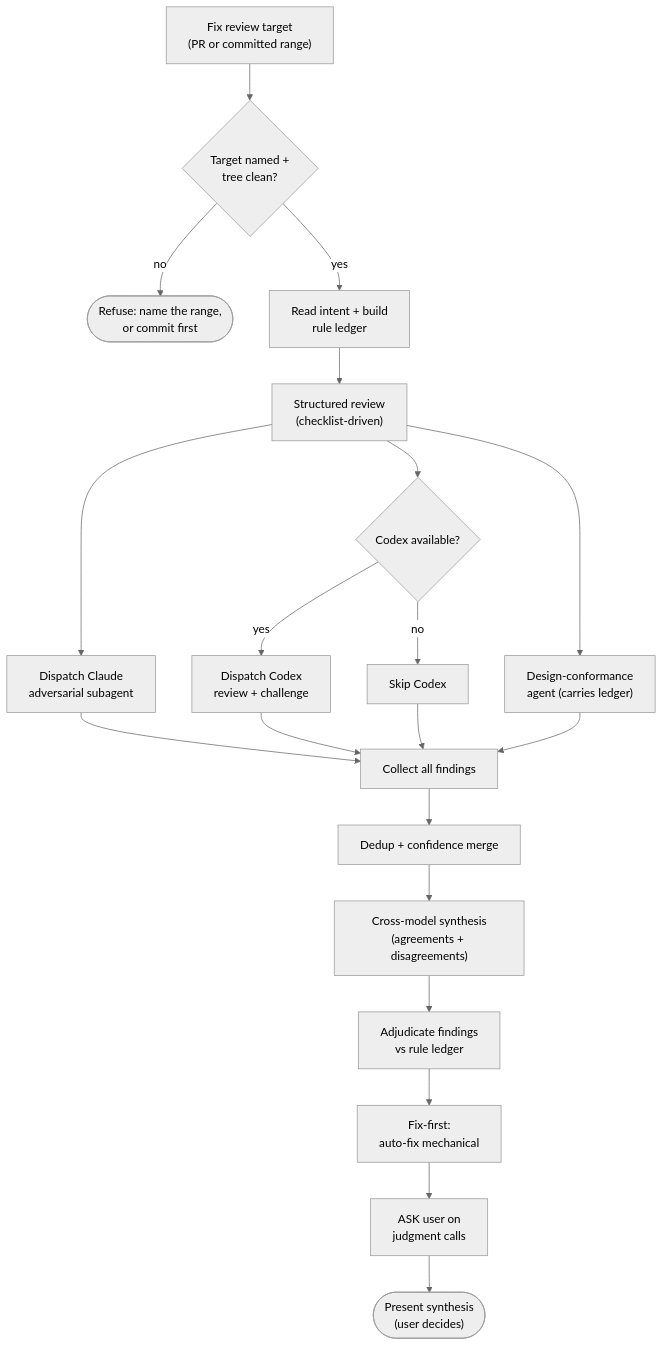
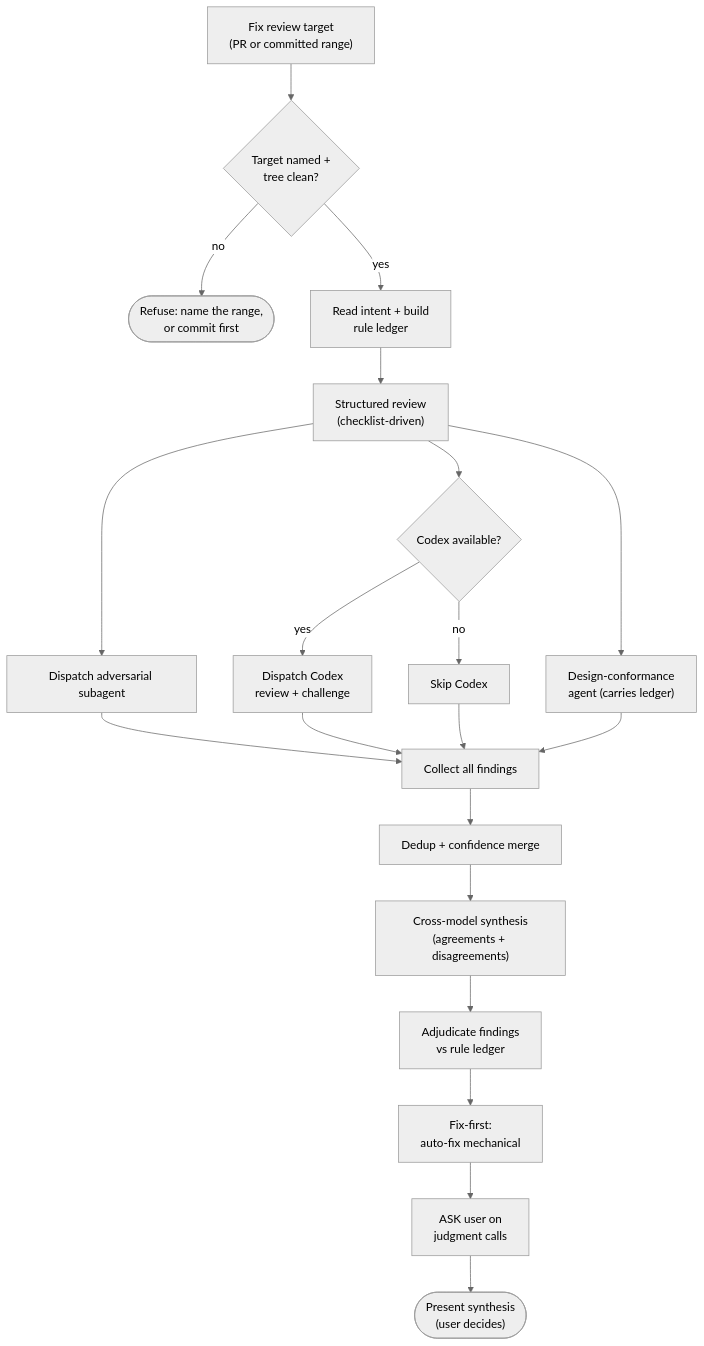
One commit to waynejing995/wayne-taste changed the diagram in wayne-code-review/SKILL.md. Above: the diagram before and after it, drawn with Mermaid (neutral theme). The commit also changed other lines of this file and 13 other files, not shown here.

````diff
--- a/wayne-code-review/SKILL.md
+++ b/wayne-code-review/SKILL.md
@@ -46,40 +46,40 @@
 ```mermaid
 flowchart TB
     A["Fix review target<br/>(PR or committed range)"]
     B{"Target named +<br/>tree clean?"}
     X(["Refuse: name the range,<br/>or commit first"])
     C["Read intent + build<br/>rule ledger"]
     D["Structured review<br/>(checklist-driven)"]
     E["Design-conformance<br/>agent (carries ledger)"]
-    F["Dispatch Claude<br/>adversarial subagent"]
+    F["Dispatch adversarial subagent"]
     G{"Codex available?"}
     H["Dispatch Codex<br/>review + challenge"]
     I["Skip Codex"]
     J["Collect all findings"]
     K["Dedup + confidence merge"]
     L["Cross-model synthesis<br/>(agreements + disagreements)"]
     M["Adjudicate findings<br/>vs rule ledger"]
     N["Fix-first:<br/>auto-fix mechanical"]
     O["ASK user on<br/>judgment calls"]
     S(["Present synthesis<br/>(user decides)"])
 
     A --> B
     B -->|"no"| X
     B -->|"yes"| C
     C --> D
     D --> F
     D --> G
     G -->|"yes"| H
     G -->|"no"| I
     F --> J
     H --> J
     I --> J
     D --> E
     E --> J
     J --> K
     K --> L
     L --> M
     M --> N
     N --> O
     O --> S
 ```
````
